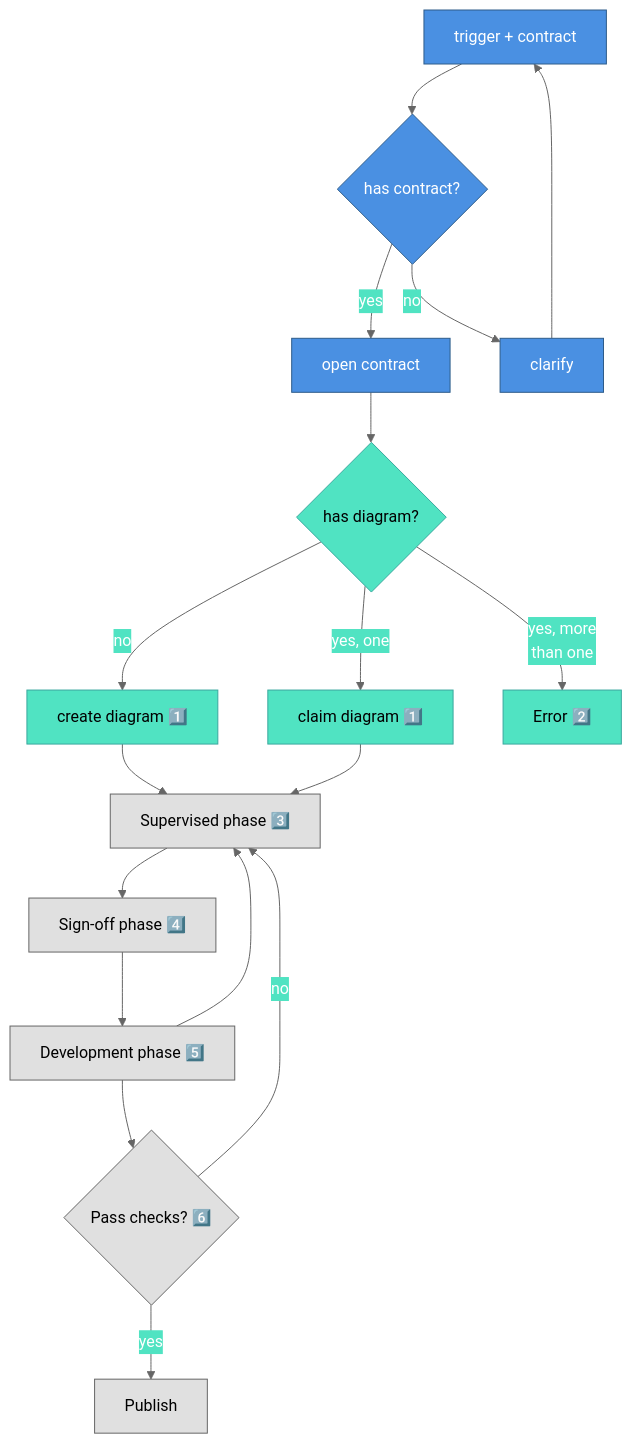
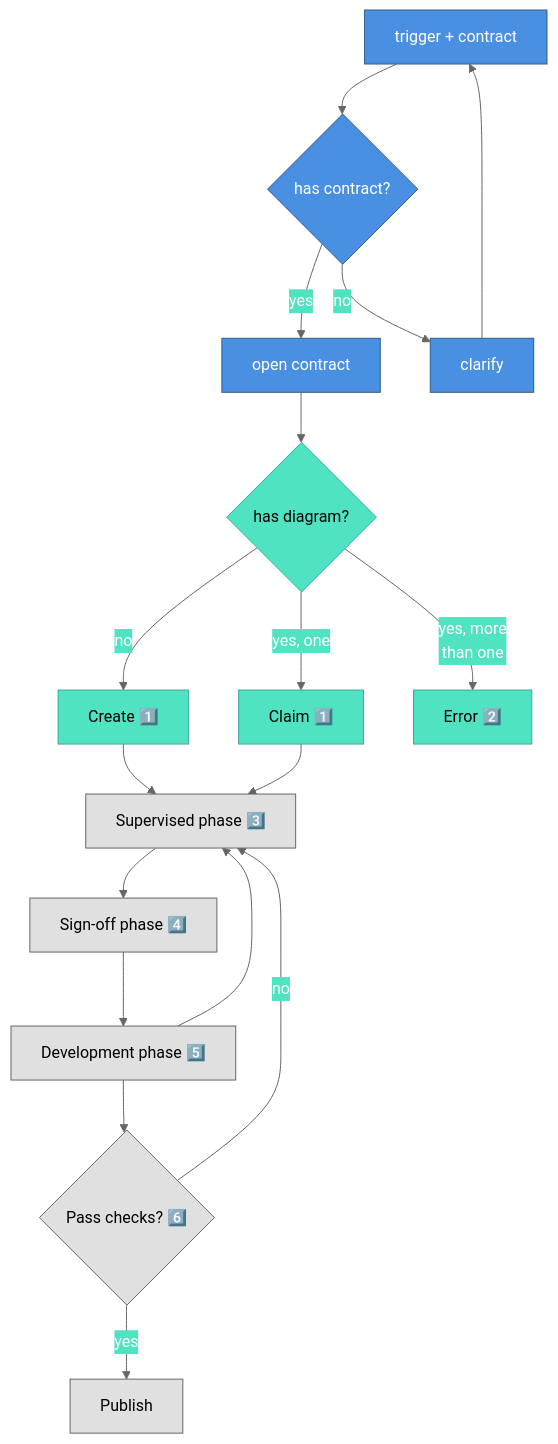
The diagram in contract-diagram/SKILL.md (nonlinear/skills), drawn with Mermaid before and after one commit.

Commit message:
Simplify node names: create/claim (remove diagram)

````diff
--- a/contract-diagram/SKILL.md
+++ b/contract-diagram/SKILL.md
@@ -14,45 +14,45 @@
 ```mermaid
 %%{init: {'theme':'base','themeVariables':{'primaryColor':'#4A90E2','primaryTextColor':'#fff','primaryBorderColor':'#2E5C8A','lineColor':'#666','secondaryColor':'#50E3C2','tertiaryColor':'#FFD700'}}}%%
 flowchart TD
     TRIGGER["trigger + contract"]
     CHECK_CONTRACT{"has contract?"}
     OPEN["open contract"]
     CLARIFY["clarify"]
     CHECK_DIAGRAM{"has diagram?"}
-    CREATE["create diagram 1️⃣"]
-    CLAIM["claim diagram 1️⃣"]
+    CREATE["Create 1️⃣"]
+    CLAIM["Claim 1️⃣"]
     ERROR["Error 2️⃣"]
     
     SUPERVISED["Supervised phase 3️⃣"]
     SIGNOFF["Sign-off phase 4️⃣"]
     DEVELOPMENT["Development phase 5️⃣"]
     TESTS{"Pass checks? 6️⃣"}
     PUBLISH["Publish"]
     
     TRIGGER --> CHECK_CONTRACT
     CHECK_CONTRACT -->|yes| OPEN
     CHECK_CONTRACT -->|no| CLARIFY
     CLARIFY --> TRIGGER
     
     OPEN --> CHECK_DIAGRAM
     CHECK_DIAGRAM -->|yes, more<br/>than one| ERROR
     CHECK_DIAGRAM -->|yes, one| CLAIM
     CHECK_DIAGRAM -->|no| CREATE
     
     CREATE --> SUPERVISED
     CLAIM --> SUPERVISED
     SUPERVISED --> SIGNOFF
     SIGNOFF --> DEVELOPMENT
     DEVELOPMENT --> SUPERVISED
     DEVELOPMENT --> TESTS
     TESTS -->|yes| PUBLISH
     TESTS -->|no| SUPERVISED
     
     classDef default fill:#e0e0e0,stroke:#666,color:#000
     classDef approved fill:#4A90E2,stroke:#2E5C8A,color:#fff
     classDef developed fill:#50E3C2,stroke:#3aa89e,color:#000
     
     class TRIGGER,CHECK_CONTRACT,OPEN,CLARIFY approved
     class CHECK_DIAGRAM,CREATE,CLAIM,ERROR developed
     class SUPERVISED,SIGNOFF,DEVELOPMENT,TESTS,PUBLISH default
 ```
````
